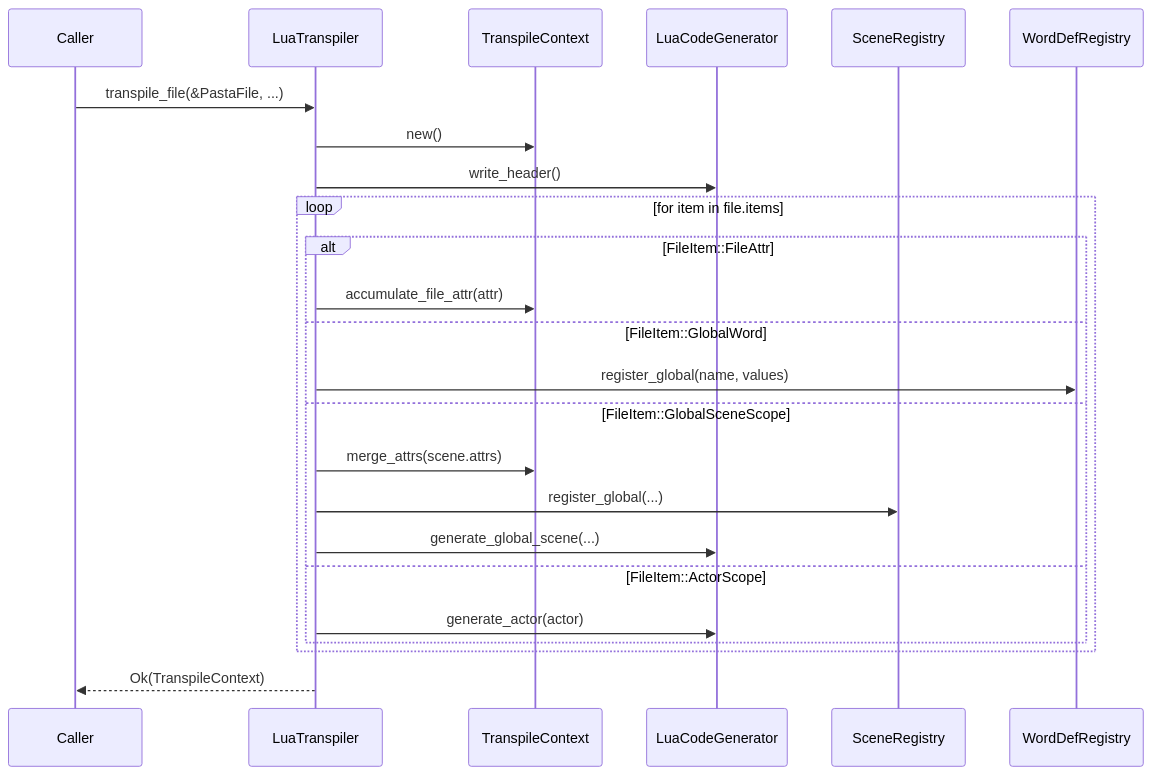
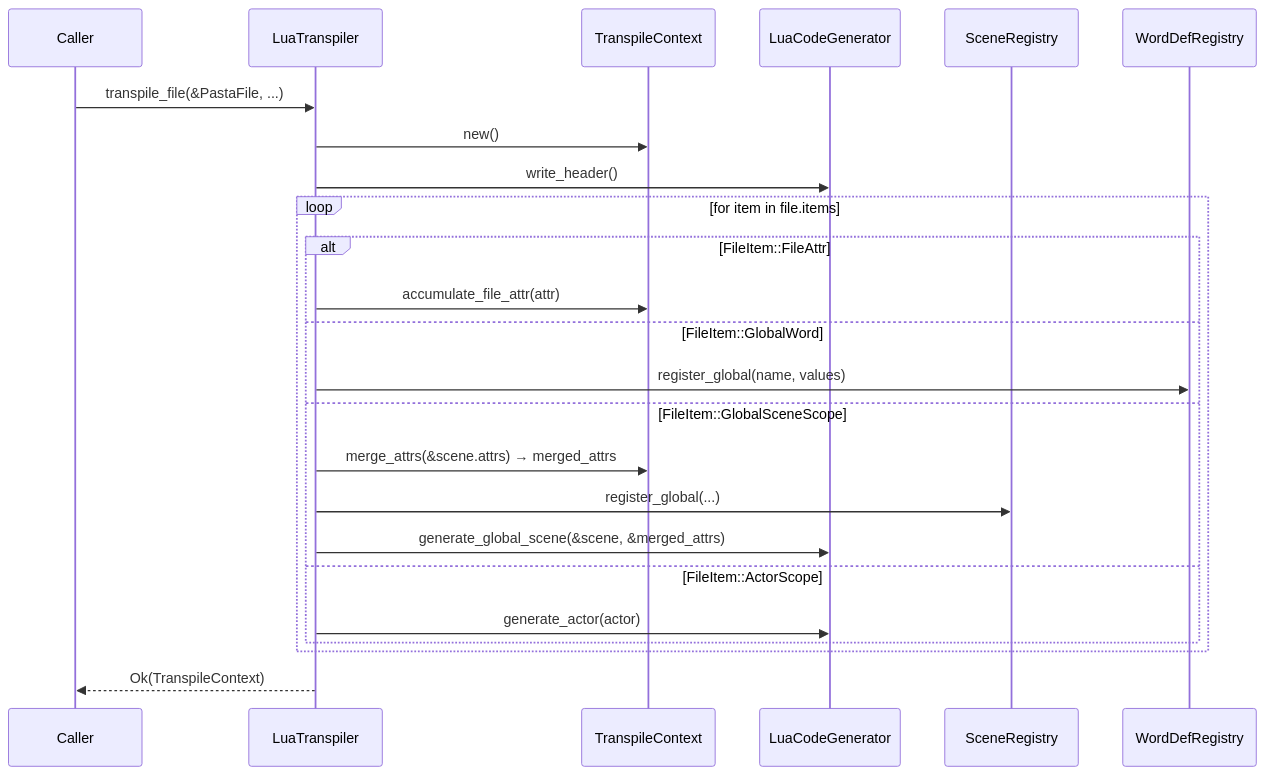
Before and after one commit to ekicyou/pasta: the second of 3 diagrams in .kiro/specs/lua-transpiler-pastafile-migration/design.md, drawn with Mermaid. The commit also changed other lines of this file, not shown here.

First line of the commit message:
fix(design): 議題1クローズ - LuaCodeGeneratorへのfile_attrs引数追加

````diff
--- a/.kiro/specs/lua-transpiler-pastafile-migration/design.md
+++ b/.kiro/specs/lua-transpiler-pastafile-migration/design.md
@@ -109,29 +109,29 @@
 ```mermaid
 sequenceDiagram
     participant Caller
     participant LuaTranspiler
     participant TranspileContext
     participant LuaCodeGenerator
     participant SceneRegistry
     participant WordDefRegistry
     
     Caller->>LuaTranspiler: transpile_file(&PastaFile, ...)
     LuaTranspiler->>TranspileContext: new()
     LuaTranspiler->>LuaCodeGenerator: write_header()
     
     loop for item in file.items
         alt FileItem::FileAttr
             LuaTranspiler->>TranspileContext: accumulate_file_attr(attr)
         else FileItem::GlobalWord
             LuaTranspiler->>WordDefRegistry: register_global(name, values)
         else FileItem::GlobalSceneScope
-            LuaTranspiler->>TranspileContext: merge_attrs(scene.attrs)
+            LuaTranspiler->>TranspileContext: merge_attrs(&scene.attrs) → merged_attrs
             LuaTranspiler->>SceneRegistry: register_global(...)
-            LuaTranspiler->>LuaCodeGenerator: generate_global_scene(...)
+            LuaTranspiler->>LuaCodeGenerator: generate_global_scene(&scene, &merged_attrs)
         else FileItem::ActorScope
             LuaTranspiler->>LuaCodeGenerator: generate_actor(actor)
         end
     end
     
     LuaTranspiler-->>Caller: Ok(TranspileContext)
 ```
````
